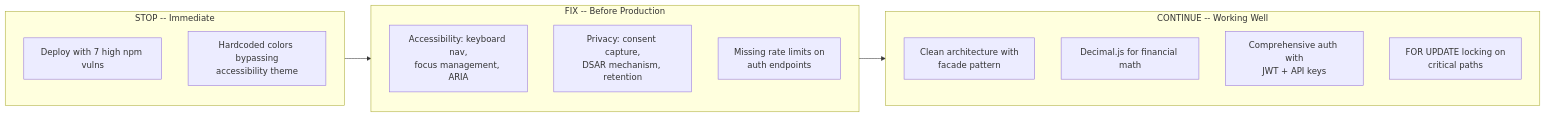
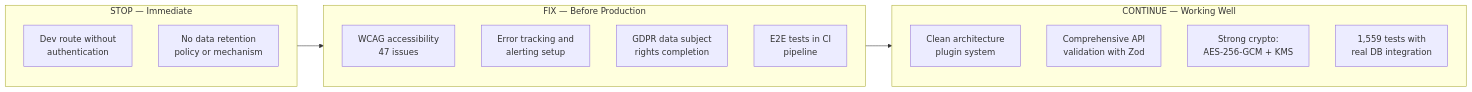
The third of 12 diagrams in products/stablecoin-gateway/docs/AUDIT-REPORT.md (Tamoura/Claude-Code-creates-the-SW-company), drawn with Mermaid before and after one commit. The commit also changed other lines of this file and 9 other files, not shown here.

````diff
--- a/products/stablecoin-gateway/docs/AUDIT-REPORT.md
+++ b/products/stablecoin-gateway/docs/AUDIT-REPORT.md
@@ -129,19 +165,20 @@
 ```mermaid
 flowchart LR
-    subgraph STOP["STOP -- Immediate"]
-        S1["Deploy with 7 high npm vulns"]
-        S2["Hardcoded colors bypassing\naccessibility theme"]
+    subgraph STOP["STOP — Immediate"]
+        S1[Dev route without<br/>authentication]
+        S2[No data retention<br/>policy or mechanism]
     end
-    subgraph FIX["FIX -- Before Production"]
-        F1["Accessibility: keyboard nav,\nfocus management, ARIA"]
-        F2["Privacy: consent capture,\nDSAR mechanism, retention"]
-        F3["Missing rate limits on\nauth endpoints"]
+    subgraph FIX["FIX — Before Production"]
+        F1[WCAG accessibility<br/>47 issues]
+        F2[Error tracking and<br/>alerting setup]
+        F3[GDPR data subject<br/>rights completion]
+        F4[E2E tests in CI<br/>pipeline]
     end
-    subgraph CONTINUE["CONTINUE -- Working Well"]
-        C1["Clean architecture with\nfacade pattern"]
-        C2["Decimal.js for financial math"]
-        C3["Comprehensive auth with\nJWT + API keys"]
-        C4["FOR UPDATE locking on\ncritical paths"]
+    subgraph CONTINUE["CONTINUE — Working Well"]
+        C1[Clean architecture<br/>plugin system]
+        C2[Comprehensive API<br/>validation with Zod]
+        C3[Strong crypto:<br/>AES-256-GCM + KMS]
+        C4[1,559 tests with<br/>real DB integration]
     end
     STOP --> FIX --> CONTINUE
 ```
````
